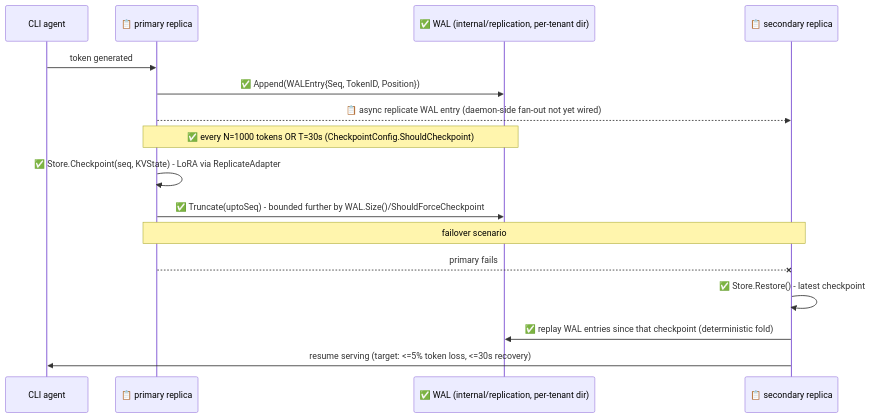
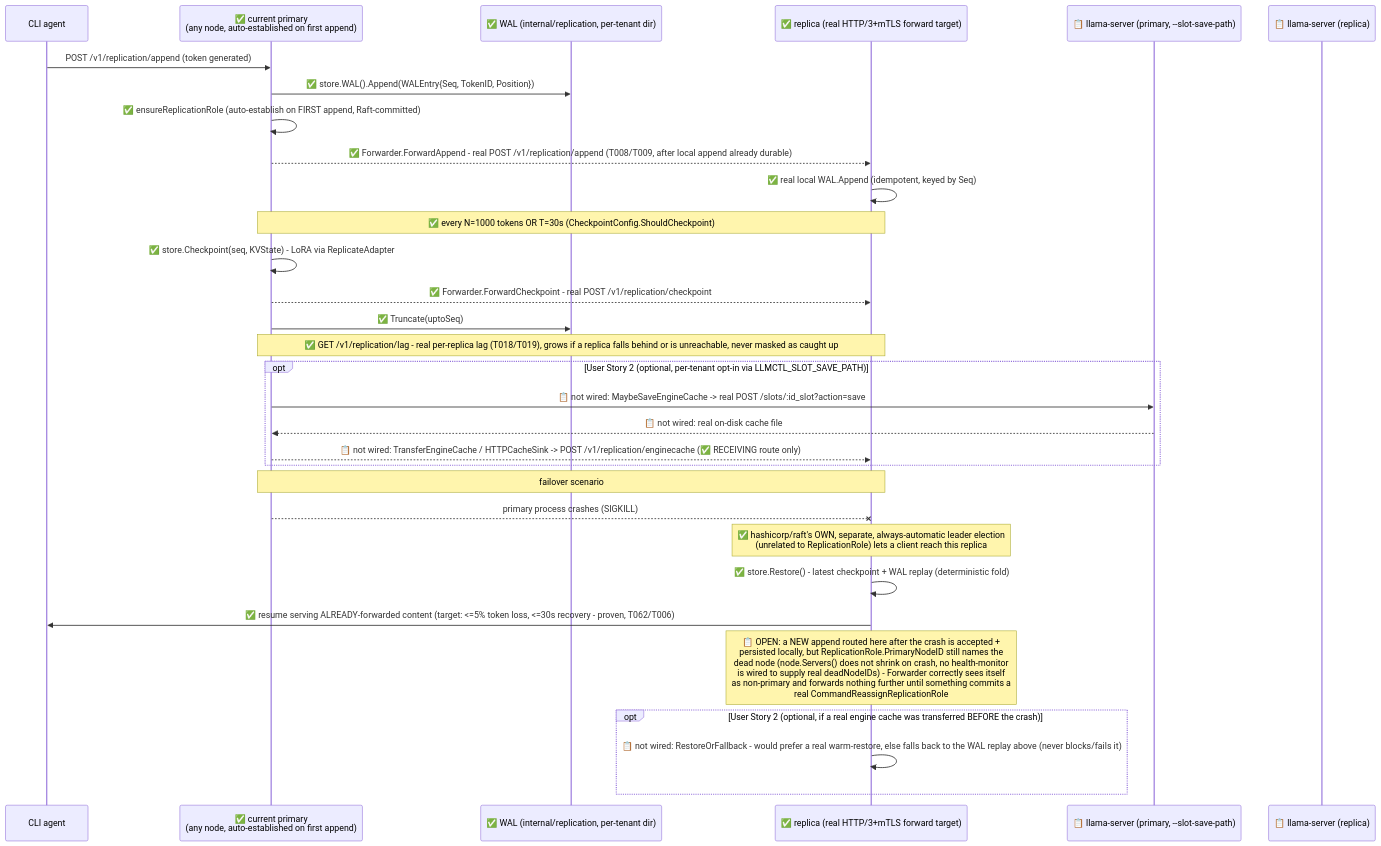
Before and after one commit to vasic-digital/llmctl: the third of 5 diagrams in docs/cluster-architecture.md, drawn with Mermaid. The commit also changed other lines of this file, not shown here.

First line of the commit message:
docs(cluster-architecture): honestly update §3 KV-cache replication status for 003 Phases 1-5 (T021)

````diff
--- a/docs/cluster-architecture.md
+++ b/docs/cluster-architecture.md
@@ -158,20 +272,36 @@
 ```mermaid
 sequenceDiagram
     participant Client as CLI agent
-    participant Primary as 📋 primary replica
+    participant Primary as ✅ current primary<br/>(any node, auto-established on first append)
     participant WAL as ✅ WAL (internal/replication, per-tenant dir)
-    participant Replica as 📋 secondary replica
+    participant Replica as ✅ replica (real HTTP/3+mTLS forward target)
+    participant EngineP as 📋 llama-server (primary, --slot-save-path)
+    participant EngineR as 📋 llama-server (replica)
 
-    Client->>Primary: token generated
-    Primary->>WAL: ✅ Append(WALEntry{Seq, TokenID, Position})
-    Primary-->>Replica: 📋 async replicate WAL entry (daemon-side fan-out not yet wired)
-    Note over Primary,WAL: ✅ every N=1000 tokens OR T=30s (CheckpointConfig.ShouldCheckpoint)
-    Primary->>Primary: ✅ Store.Checkpoint(seq, KVState) - LoRA via ReplicateAdapter
-    Primary->>WAL: ✅ Truncate(uptoSeq) - bounded further by WAL.Size()/ShouldForceCheckpoint
+    Client->>Primary: POST /v1/replication/append (token generated)
+    Primary->>WAL: ✅ store.WAL().Append(WALEntry{Seq, TokenID, Position})
+    Primary->>Primary: ✅ ensureReplicationRole (auto-establish on FIRST append, Raft-committed)
+    Primary-->>Replica: ✅ Forwarder.ForwardAppend - real POST /v1/replication/append (T008/T009, after local append already durable)
+    Replica->>Replica: ✅ real local WAL.Append (idempotent, keyed by Seq)
+    Note over Primary,Replica: ✅ every N=1000 tokens OR T=30s (CheckpointConfig.ShouldCheckpoint)
+    Primary->>Primary: ✅ store.Checkpoint(seq, KVState) - LoRA via ReplicateAdapter
+    Primary-->>Replica: ✅ Forwarder.ForwardCheckpoint - real POST /v1/replication/checkpoint
+    Primary->>WAL: ✅ Truncate(uptoSeq)
+    Note over Primary,Replica: ✅ GET /v1/replication/lag - real per-replica lag (T018/T019), grows if a replica falls behind or is unreachable, never masked as caught up
+
+    opt User Story 2 (optional, per-tenant opt-in via LLMCTL_SLOT_SAVE_PATH)
+        Primary->>EngineP: 📋 not wired: MaybeSaveEngineCache -> real POST /slots/:id_slot?action=save
+        EngineP-->>Primary: 📋 not wired: real on-disk cache file
+        Primary-->>Replica: 📋 not wired: TransferEngineCache / HTTPCacheSink -> POST /v1/replication/enginecache (✅ RECEIVING route only)
+    end
 
     Note over Primary,Replica: failover scenario
-    Primary--xReplica: primary fails
-    Replica->>Replica: ✅ Store.Restore() - latest checkpoint
-    Replica->>WAL: ✅ replay WAL entries since that checkpoint (deterministic fold)
-    Replica->>Client: resume serving (target: <=5% token loss, <=30s recovery)
+    Primary--xReplica: primary process crashes (SIGKILL)
+    Note over Replica: ✅ hashicorp/raft's OWN, separate, always-automatic leader election<br/>(unrelated to ReplicationRole) lets a client reach this replica
+    Replica->>Replica: ✅ store.Restore() - latest checkpoint + WAL replay (deterministic fold)
+    Replica->>Client: ✅ resume serving ALREADY-forwarded content (target: <=5% token loss, <=30s recovery - proven, T062/T006)
+    Note over Replica: 📋 OPEN: a NEW append routed here after the crash is accepted +<br/>persisted locally, but ReplicationRole.PrimaryNodeID still names the<br/>dead node (node.Servers() does not shrink on crash, no health-monitor<br/>is wired to supply real deadNodeIDs) - Forwarder correctly sees itself<br/>as non-primary and forwards nothing further until something commits a<br/>real CommandReassignReplicationRole
+    opt User Story 2 (optional, if a real engine cache was transferred BEFORE the crash)
+        Replica->>Replica: 📋 not wired: RestoreOrFallback - would prefer a real warm-restore, else falls back to the WAL replay above (never blocks/fails it)
+    end
 ```
````
